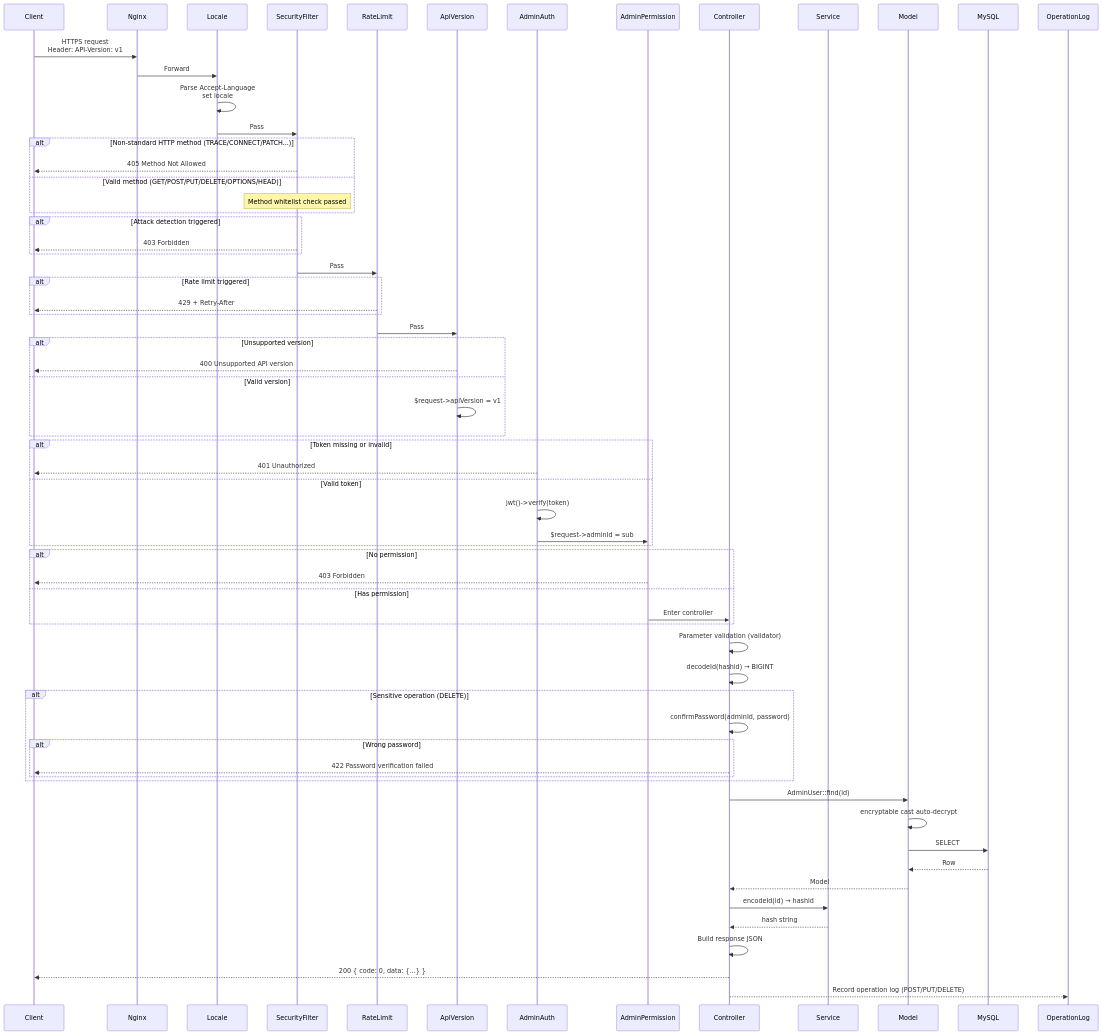
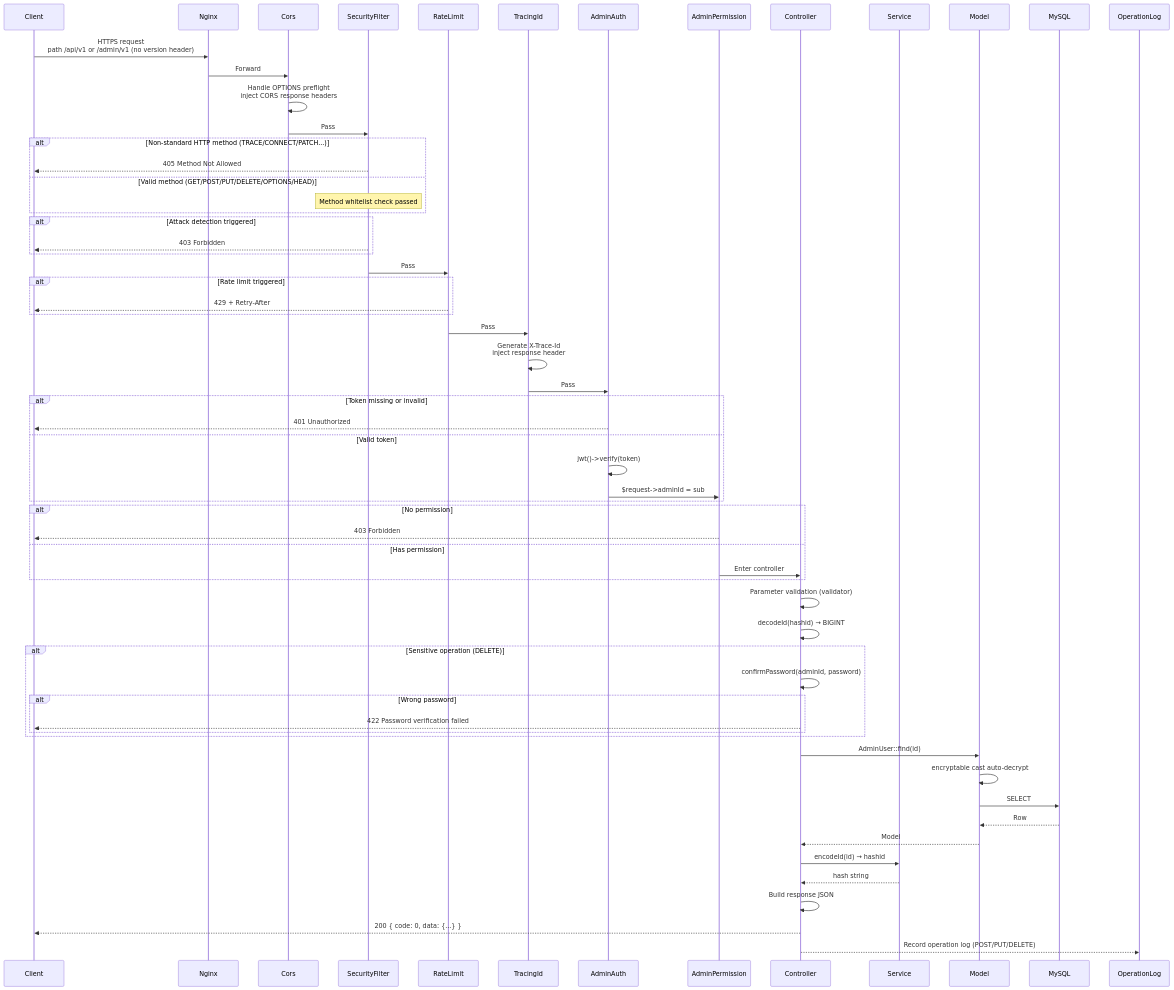
Before and after one commit to erikwang2013/erp-php: the third of 20 diagrams in docs/i18n/en/ARCHITECTURE.md, drawn with Mermaid. The commit also changed other lines of this file and 325 other files, not shown here.

````diff
--- a/docs/i18n/en/ARCHITECTURE.md
+++ b/docs/i18n/en/ARCHITECTURE.md
@@ -157,81 +180,77 @@
 ```mermaid
 sequenceDiagram
     participant C as Client
     participant N as Nginx
-    participant MW_LOC as Locale
+    participant MW_CR as Cors
     participant MW_SF as SecurityFilter
     participant MW_RL as RateLimit
-    participant MW0 as ApiVersion
+    participant MW_TID as TracingId
     participant MW1 as AdminAuth
     participant MW2 as AdminPermission
     participant CTL as Controller
     participant SVC as Service
     participant MDL as Model
     participant DB as MySQL
     participant OPLOG as OperationLog
 
-    C->>N: HTTPS request<br/>Header: API-Version: v1
-    N->>MW_LOC: Forward
-    MW_LOC->>MW_LOC: Parse Accept-Language<br/>set locale
-    MW_LOC->>MW_SF: Pass
+    C->>N: HTTPS request<br/>path /api/v1 or /admin/v1 (no version header)
+    N->>MW_CR: Forward
+    MW_CR->>MW_CR: Handle OPTIONS preflight<br/>inject CORS response headers
+    MW_CR->>MW_SF: Pass
 
     alt Non-standard HTTP method (TRACE/CONNECT/PATCH...)
         MW_SF-->>C: 405 Method Not Allowed
     else Valid method (GET/POST/PUT/DELETE/OPTIONS/HEAD)
         Note over MW_SF: Method whitelist check passed
     end
 
     alt Attack detection triggered
         MW_SF-->>C: 403 Forbidden
     end
 
     MW_SF->>MW_RL: Pass
 
     alt Rate limit triggered
         MW_RL-->>C: 429 + Retry-After
     end
 
-    MW_RL->>MW0: Pass
-
-    alt Unsupported version
-        MW0-->>C: 400 Unsupported API version
-    else Valid version
-        MW0->>MW0: $request->apiVersion = v1
-    end
+    MW_RL->>MW_TID: Pass
+    MW_TID->>MW_TID: Generate X-Trace-Id<br/>inject response header
+    MW_TID->>MW1: Pass
 
     alt Token missing or invalid
         MW1-->>C: 401 Unauthorized
     else Valid token
         MW1->>MW1: jwt()->verify(token)
         MW1->>MW2: $request->adminId = sub
     end
 
     alt No permission
         MW2-->>C: 403 Forbidden
     else Has permission
         MW2->>CTL: Enter controller
     end
 
     CTL->>CTL: Parameter validation (validator)
     CTL->>CTL: decodeId(hashid) → BIGINT
 
     alt Sensitive operation (DELETE)
         CTL->>CTL: confirmPassword(adminId, password)
         alt Wrong password
             CTL-->>C: 422 Password verification failed
         end
     end
 
     CTL->>MDL: AdminUser::find(id)
     MDL->>MDL: encryptable cast auto-decrypt
     MDL->>DB: SELECT
     DB-->>MDL: Row
     MDL-->>CTL: Model
 
     CTL->>SVC: encodeId(id) → hashid
     SVC-->>CTL: hash string
 
     CTL->>CTL: Build response JSON
     CTL-->>C: 200 { code: 0, data: {...} }
     CTL-->>OPLOG: Record operation log (POST/PUT/DELETE)
 ```
````
